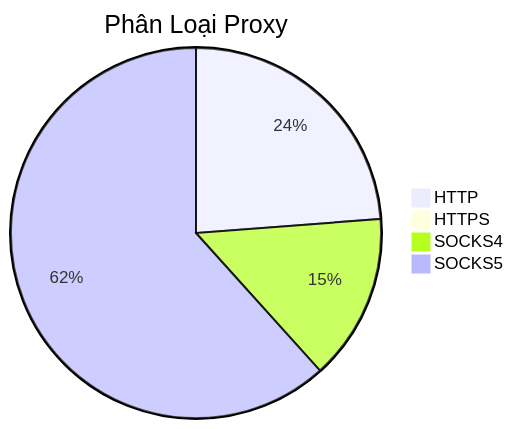
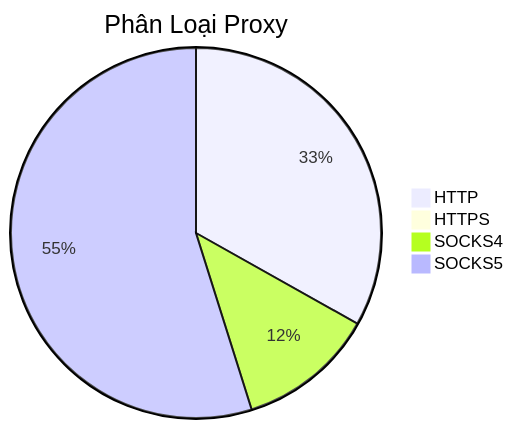
One commit to Ciara-12/PROXY-free changed the diagram in README.md. Above: the diagram before and after it, drawn with Mermaid. The commit also changed other lines of this file and 3 other files, not shown here.

````diff
--- a/README.md
+++ b/README.md
@@ -26,7 +26,7 @@
 ```mermaid
 pie title Phân Loại Proxy
-    "HTTP" : 535
+    "HTTP" : 873
     "HTTPS" : 1
-    "SOCKS4" : 327
-    "SOCKS5" : 1387
+    "SOCKS4" : 316
+    "SOCKS5" : 1445
 ```
````
